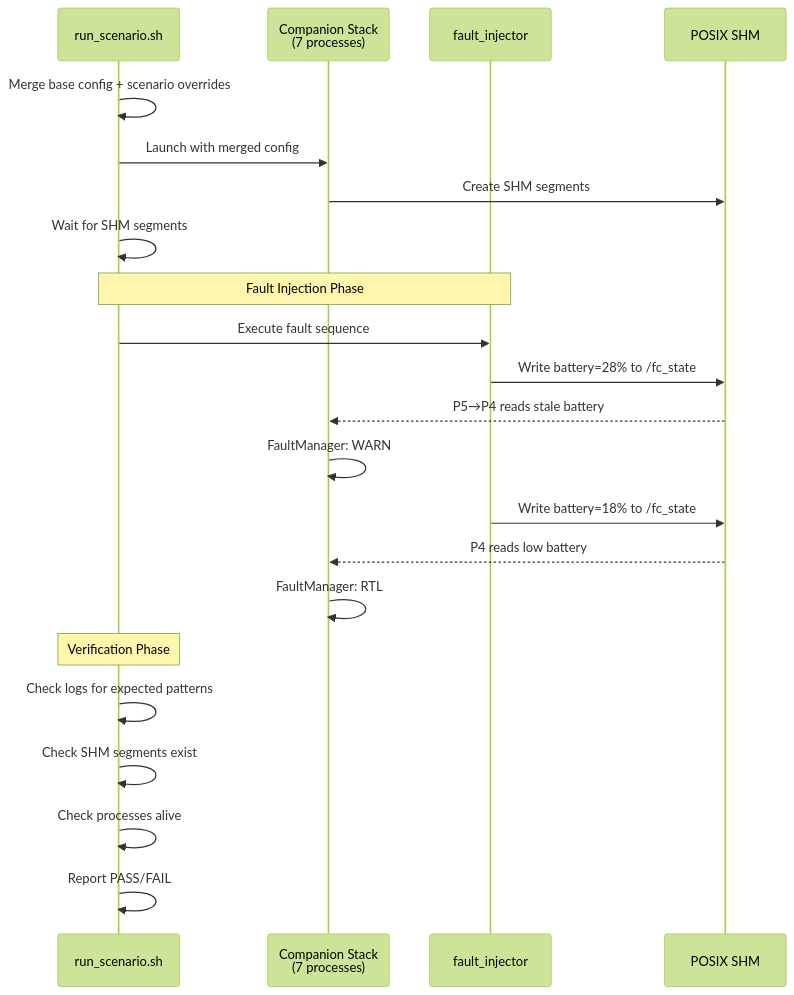
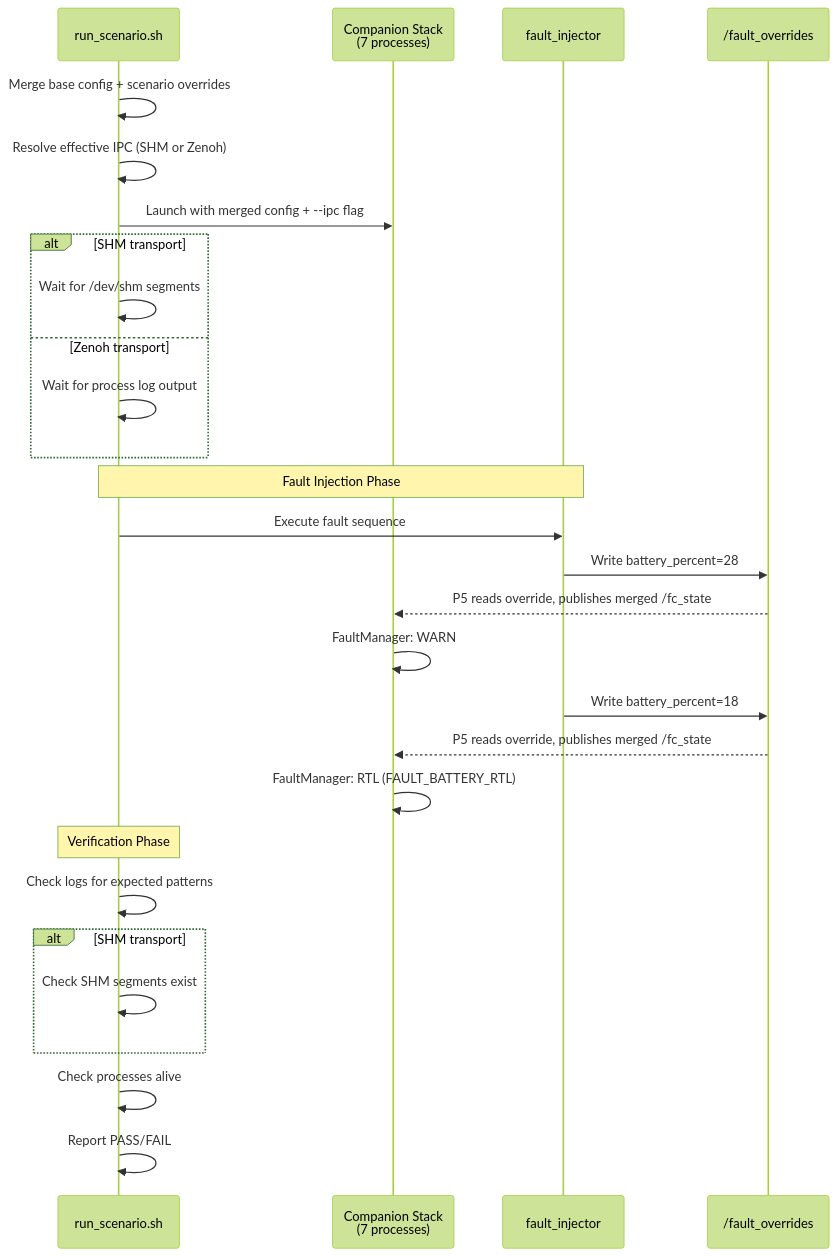
The third of 3 diagrams in docs/SIMULATION_ARCHITECTURE.md (nmohamaya/companion_software_stack), drawn with Mermaid (forest theme) before and after one commit. The commit also changed other lines of this file and 1 other file, not shown here.

First line of the commit message:
docs: update simulation architecture & IPC docs for sideband fault overrides

````diff
--- a/docs/SIMULATION_ARCHITECTURE.md
+++ b/docs/SIMULATION_ARCHITECTURE.md
@@ -418,30 +469,37 @@
 ```mermaid
 sequenceDiagram
     participant Runner as run_scenario.sh
     participant Stack as Companion Stack<br/>(7 processes)
     participant FI as fault_injector
-    participant SHM as POSIX SHM
+    participant FO as /fault_overrides
 
     Runner->>Runner: Merge base config + scenario overrides
-    Runner->>Stack: Launch with merged config
-    Stack->>SHM: Create SHM segments
-    Runner->>Runner: Wait for SHM segments
+    Runner->>Runner: Resolve effective IPC (SHM or Zenoh)
+    Runner->>Stack: Launch with merged config + --ipc flag
+
+    alt SHM transport
+        Runner->>Runner: Wait for /dev/shm segments
+    else Zenoh transport
+        Runner->>Runner: Wait for process log output
+    end
 
     Note over Runner,FI: Fault Injection Phase
 
     Runner->>FI: Execute fault sequence
-    FI->>SHM: Write battery=28% to /fc_state
-    SHM-->>Stack: P5→P4 reads stale battery
+    FI->>FO: Write battery_percent=28
+    FO-->>Stack: P5 reads override, publishes merged /fc_state
     Stack->>Stack: FaultManager: WARN
 
-    FI->>SHM: Write battery=18% to /fc_state
-    SHM-->>Stack: P4 reads low battery
-    Stack->>Stack: FaultManager: RTL
+    FI->>FO: Write battery_percent=18
+    FO-->>Stack: P5 reads override, publishes merged /fc_state
+    Stack->>Stack: FaultManager: RTL (FAULT_BATTERY_RTL)
 
     Note over Runner: Verification Phase
 
     Runner->>Runner: Check logs for expected patterns
-    Runner->>Runner: Check SHM segments exist
+    alt SHM transport
+        Runner->>Runner: Check SHM segments exist
+    end
     Runner->>Runner: Check processes alive
     Runner->>Runner: Report PASS/FAIL
 ```
````
